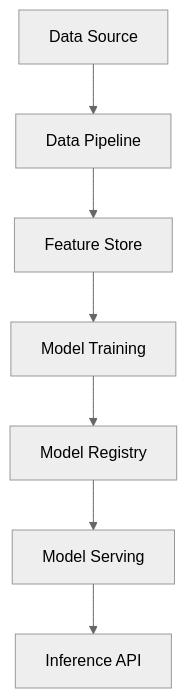
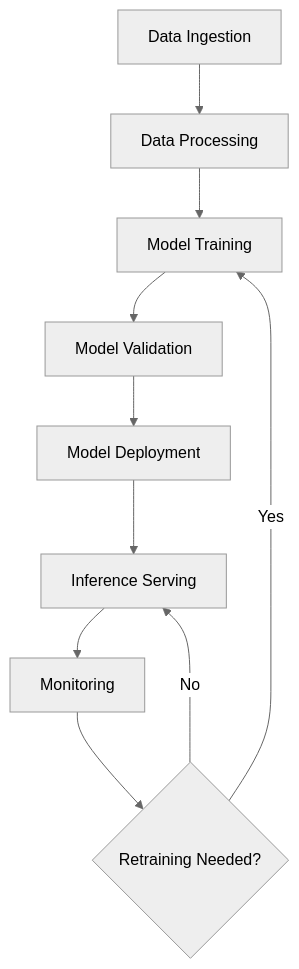
Before and after one commit to VrushankPatel/interview-matters: the diagram in machine-learning-in-system-design/README.md, drawn with Mermaid (neutral theme). The commit also changed other lines of this file and 5 other files, not shown here.

Commit message:
kb: add/update topics Machine Learning in System Design, Netflix Video Streaming Architecture, Paxos Algorithm, Three Phase Commit, Twitter System Design

````diff
--- a/machine-learning-in-system-design/README.md
+++ b/machine-learning-in-system-design/README.md
@@ -71,9 +26,12 @@
 ```mermaid
 graph TD
-A[Data Source] --> B[Data Pipeline]
-B --> C[Feature Store]
-C --> D[Model Training]
-D --> E[Model Registry]
-E --> F[Model Serving]
-F --> G[Inference API]
+    A[Data Ingestion] --> B[Data Processing]
+    B --> C[Model Training]
+    C --> D[Model Validation]
+    D --> E[Model Deployment]
+    E --> F[Inference Serving]
+    F --> G[Monitoring]
+    G --> H{Retraining Needed?}
+    H -->|Yes| C
+    H -->|No| F
 ```
````
